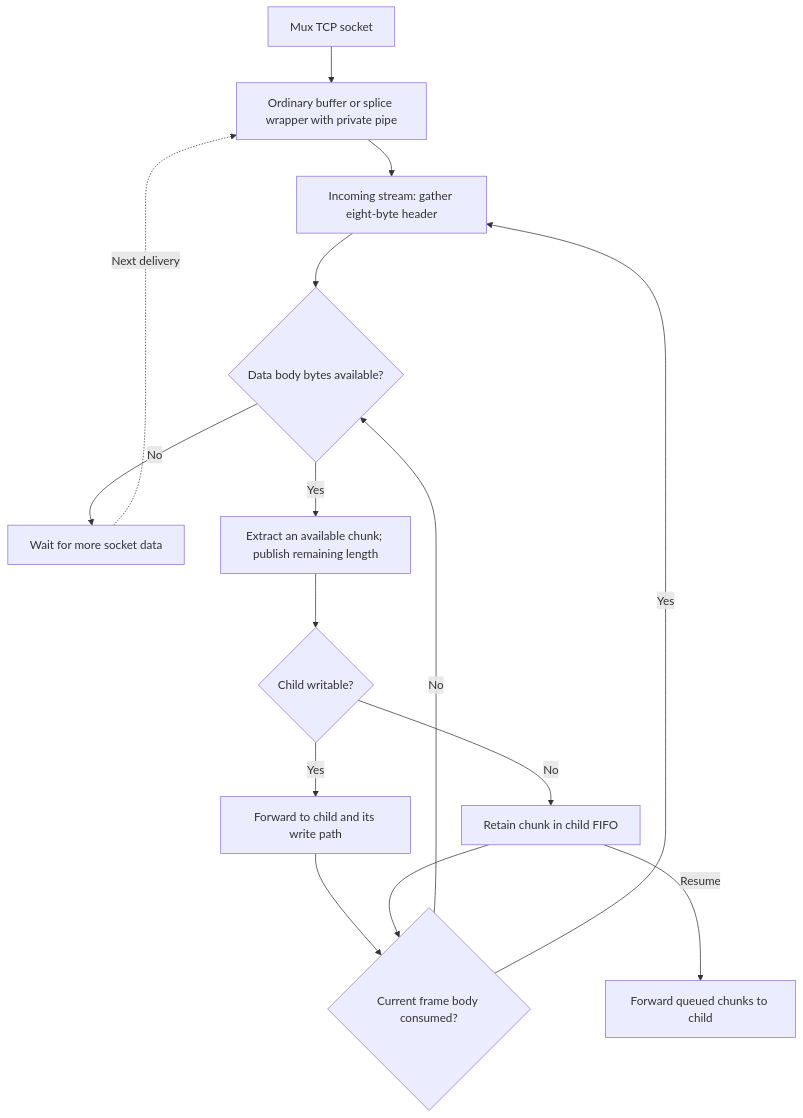
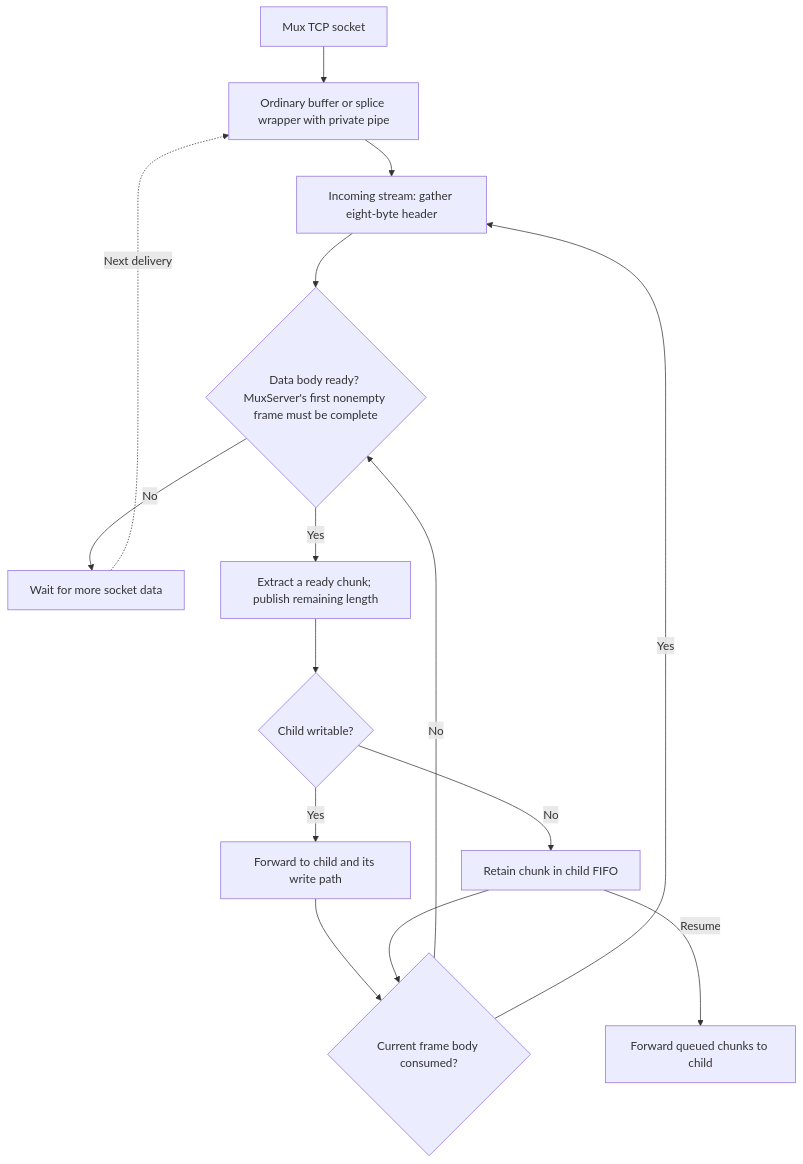
The diagram in docs/05-devguides/part3-buffers-and-padding.mdx (radkesvat/WaterWall-Docs), drawn with Mermaid before and after one commit. The commit also changed other lines of this file and 1 other file, not shown here.

Commit message:
Documented MuxServer whole first-frame delivery

````diff
--- a/docs/05-devguides/part3-buffers-and-padding.mdx
+++ b/docs/05-devguides/part3-buffers-and-padding.mdx
@@ -2575,17 +2589,17 @@
 ```mermaid
 flowchart TD
     A["Mux TCP socket"] --> B["Ordinary buffer or splice wrapper with private pipe"]
     B --> C["Incoming stream: gather eight-byte header"]
-    C --> D{"Data body bytes available?"}
+    C --> D{"Data body ready? MuxServer's first nonempty frame must be complete"}
     D -- No --> W["Wait for more socket data"]
     W -. Next delivery .-> B
-    D -- Yes --> E["Extract an available chunk; publish remaining length"]
+    D -- Yes --> E["Extract a ready chunk; publish remaining length"]
     E --> F{"Child writable?"}
     F -- Yes --> G["Forward to child and its write path"]
     F -- No --> H["Retain chunk in child FIFO"]
     H -- Resume --> J["Forward queued chunks to child"]
     G --> I{"Current frame body consumed?"}
     H --> I
     I -- No --> D
     I -- Yes --> C
 ```
````
